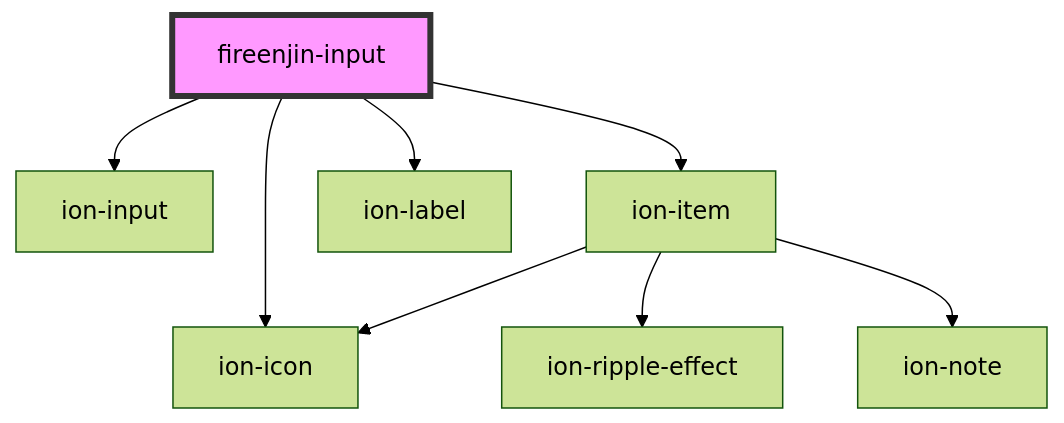
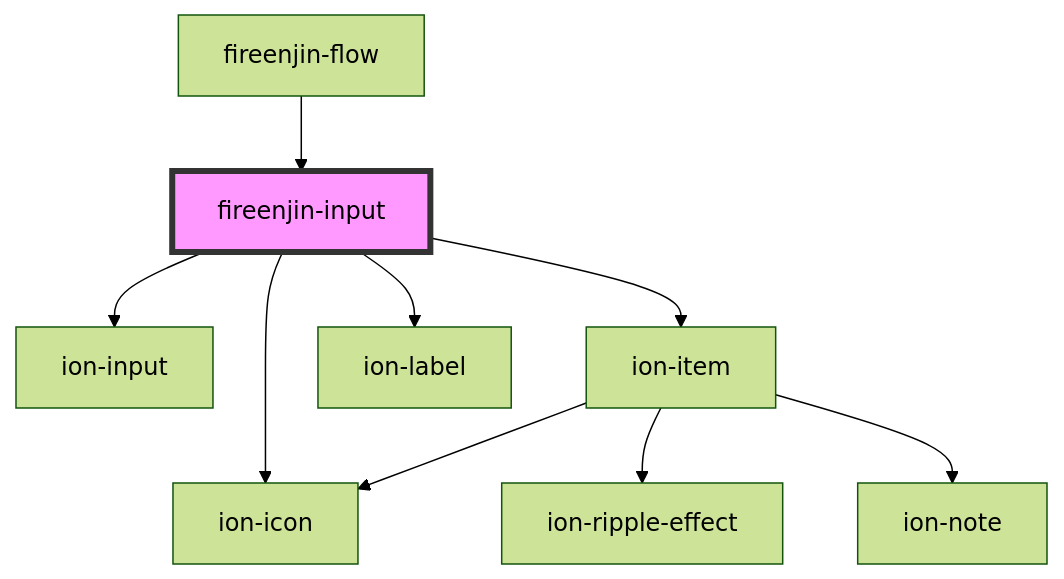
One commit to FireEnjin/Components changed the diagram in src/components/input/readme.md. Above: the diagram before and after it, drawn with Mermaid (forest theme). The commit also changed other lines of this file and 10 other files, not shown here.

Commit message:
fix(flow): Setup basic flow form functionality

````diff
--- a/src/components/input/readme.md
+++ b/src/components/input/readme.md
@@ -129,11 +133,12 @@
 ```mermaid
 graph TD;
   fireenjin-input --> ion-input
   fireenjin-input --> ion-item
   fireenjin-input --> ion-icon
   fireenjin-input --> ion-label
   ion-item --> ion-icon
   ion-item --> ion-ripple-effect
   ion-item --> ion-note
+  fireenjin-flow --> fireenjin-input
   style fireenjin-input fill:#f9f,stroke:#333,stroke-width:4px
 ```
````
